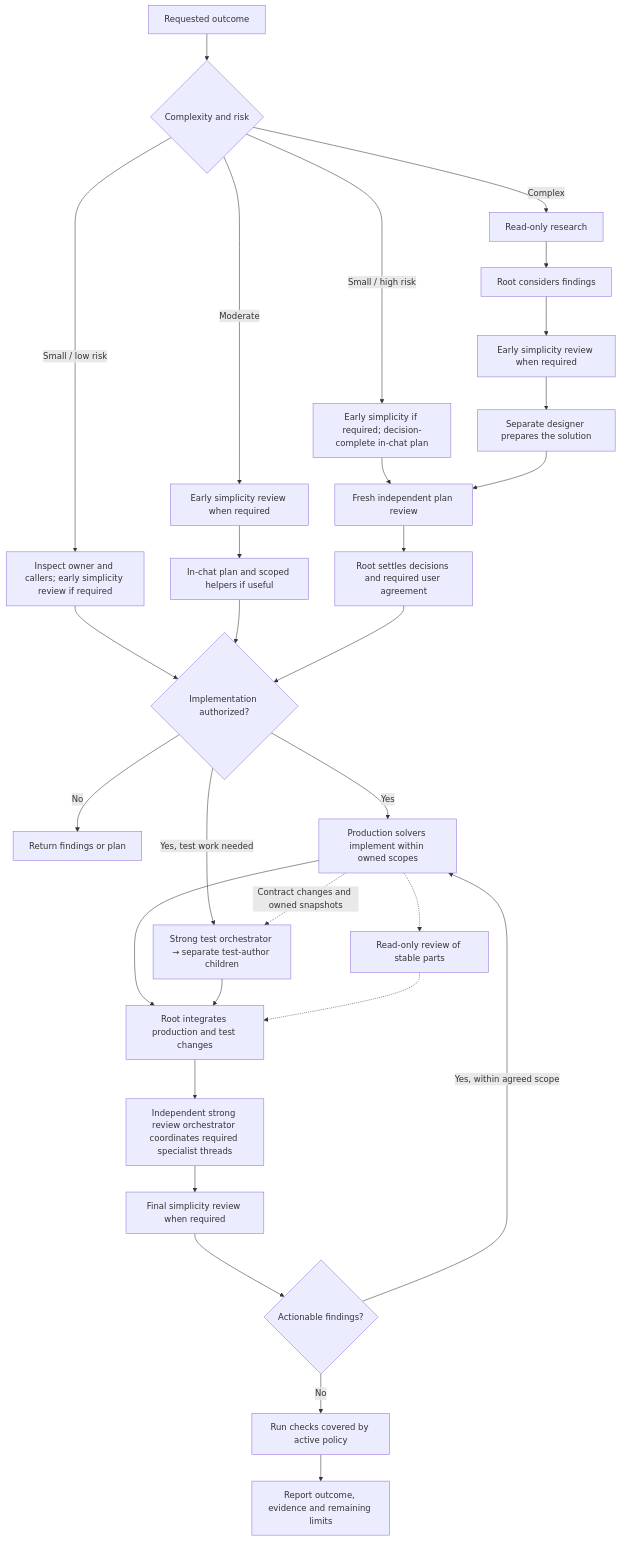
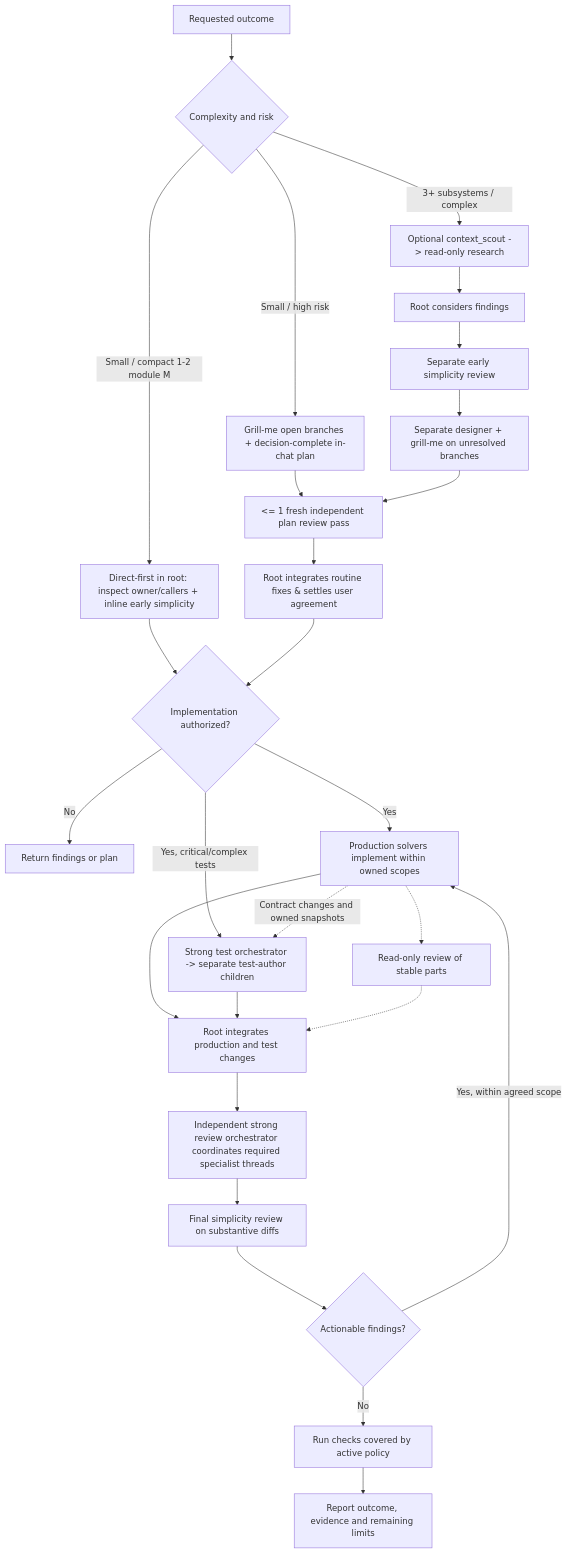
One commit to be0hhh/blazing-market changed the first of 2 diagrams in README.md. Above: the diagram before and after it, drawn with Mermaid. The commit also changed other lines of this file and 5 other files, not shown here.

Commit message:
Release Blazing Market v8: direct-first S/M, context_scout, grill-me/boost, integer division audit, and portable anti-stall

````diff
--- a/README.md
+++ b/README.md
@@ -94,34 +97,31 @@
 ```mermaid
 flowchart TD
     TASK["Requested outcome"] --> RISK{"Complexity and risk"}
 
-    RISK -->|"Small / low risk"| SMALL["Inspect owner and callers; early simplicity review if required"]
-    RISK -->|"Moderate"| MEARLY["Early simplicity review when required"]
-    MEARLY --> MEDIUM["In-chat plan and scoped helpers if useful"]
-    RISK -->|"Small / high risk"| HPLAN["Early simplicity if required; decision-complete in-chat plan"]
+    RISK -->|"Small / compact 1-2 module M"| SMALL["Direct-first in root: inspect owner/callers + inline early simplicity"]
+    RISK -->|"Small / high risk"| HPLAN["Grill-me open branches + decision-complete in-chat plan"]
     HPLAN --> PLANREVIEW
-    RISK -->|"Complex"| RESEARCH["Read-only research"]
+    RISK -->|"3+ subsystems / complex"| RESEARCH["Optional context_scout -> read-only research"]
     RESEARCH --> ROOT["Root considers findings"]
-    ROOT --> HEARLY["Early simplicity review when required"]
-    HEARLY --> DESIGN["Separate designer prepares the solution"]
-    DESIGN --> PLANREVIEW["Fresh independent plan review"]
-    PLANREVIEW --> AGREE["Root settles decisions and required user agreement"]
+    ROOT --> HEARLY["Separate early simplicity review"]
+    HEARLY --> DESIGN["Separate designer + grill-me on unresolved branches"]
+    DESIGN --> PLANREVIEW["<= 1 fresh independent plan review pass"]
+    PLANREVIEW --> AGREE["Root integrates routine fixes & settles user agreement"]
 
     SMALL --> AUTH{"Implementation authorized?"}
-    MEDIUM --> AUTH
     AGREE --> AUTH
     AUTH -->|"No"| PROPOSAL["Return findings or plan"]
     AUTH -->|"Yes"| IMPLEMENT["Production solvers implement within owned scopes"]
-    AUTH -->|"Yes, test work needed"| TEST["Strong test orchestrator → separate test-author children"]
+    AUTH -->|"Yes, critical/complex tests"| TEST["Strong test orchestrator -> separate test-author children"]
     IMPLEMENT -.->|"Contract changes and owned snapshots"| TEST
     IMPLEMENT --> INTEGRATE["Root integrates production and test changes"]
     TEST --> INTEGRATE
     IMPLEMENT -.-> EARLYREVIEW["Read-only review of stable parts"]
     EARLYREVIEW -.-> INTEGRATE
     INTEGRATE --> REVIEW["Independent strong review orchestrator coordinates required specialist threads"]
-    REVIEW --> FINAL["Final simplicity review when required"]
+    REVIEW --> FINAL["Final simplicity review on substantive diffs"]
     FINAL --> FINDINGS{"Actionable findings?"}
     FINDINGS -->|"Yes, within agreed scope"| IMPLEMENT
     FINDINGS -->|"No"| CHECK["Run checks covered by active policy"]
     CHECK --> REPORT["Report outcome, evidence and remaining limits"]
 ```
````
